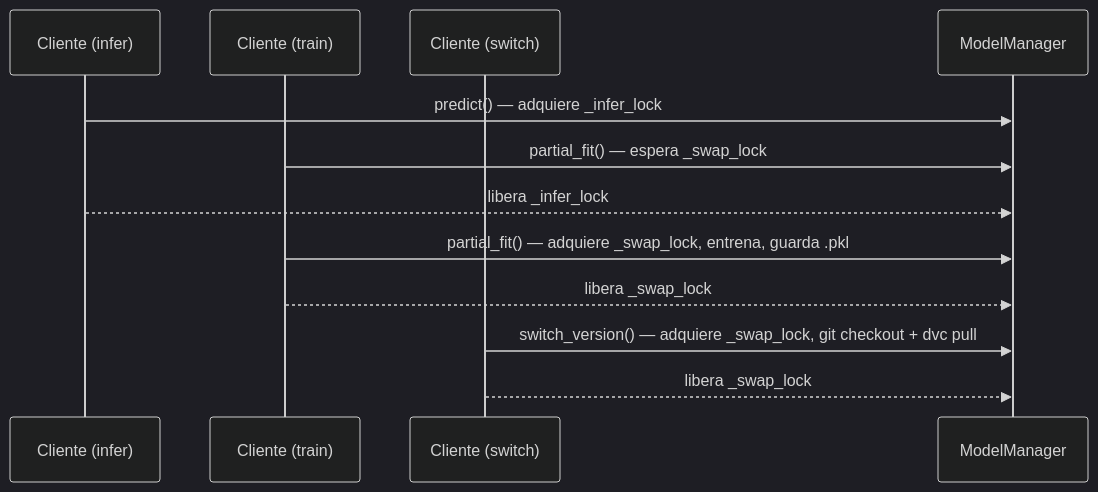
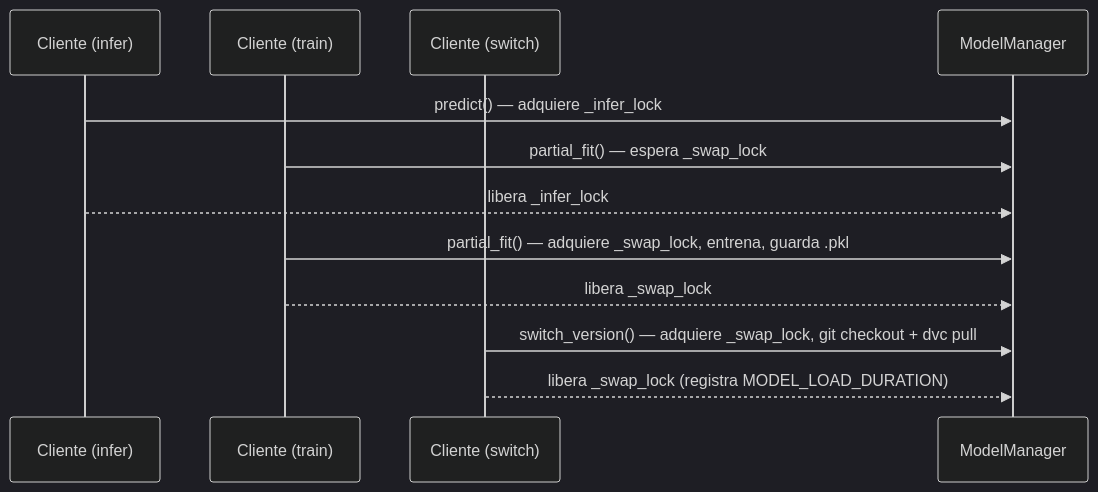
One commit to VSXR/PipelineModeling changed the second of 3 diagrams in docs/architecture.md. Above: the diagram before and after it, drawn with Mermaid (dark theme). The commit also changed other lines of this file and 32 other files, not shown here.

````diff
--- a/docs/architecture.md
+++ b/docs/architecture.md
@@ -108,15 +128,15 @@
 ```mermaid
 sequenceDiagram
     participant C1 as Cliente (infer)
     participant C2 as Cliente (train)
     participant C3 as Cliente (switch)
     participant MM as ModelManager
 
     C1->>MM: predict() — adquiere _infer_lock
     C2->>MM: partial_fit() — espera _swap_lock
     C1-->>MM: libera _infer_lock
     C2->>MM: partial_fit() — adquiere _swap_lock, entrena, guarda .pkl
     C2-->>MM: libera _swap_lock
     C3->>MM: switch_version() — adquiere _swap_lock, git checkout + dvc pull
-    C3-->>MM: libera _swap_lock
+    C3-->>MM: libera _swap_lock (registra MODEL_LOAD_DURATION)
 ```
````
